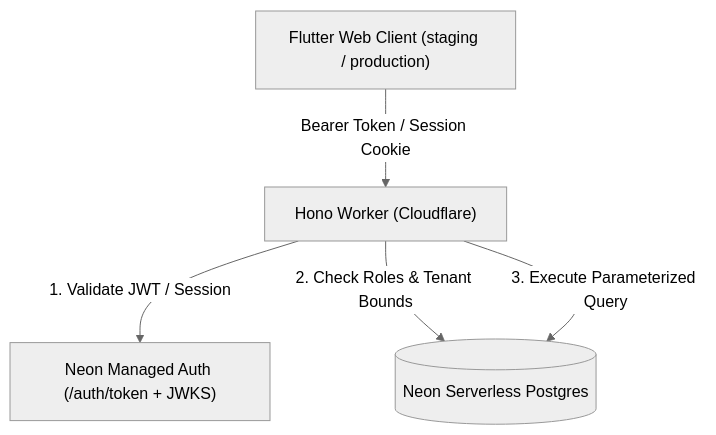
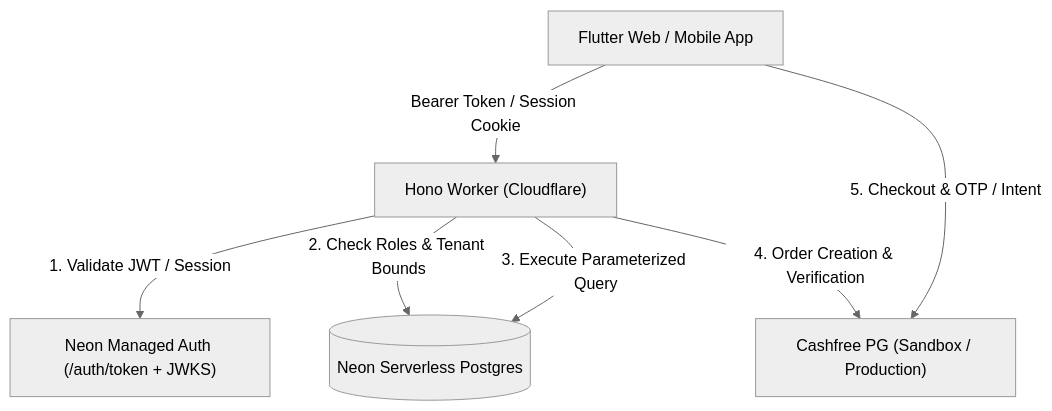
One commit to Techteam-zephvion/School-management-app changed the diagram in PROJECT_OVERVIEW.md. Above: the diagram before and after it, drawn with Mermaid (neutral theme). The commit also changed other lines of this file and 3 other files, not shown here.

````diff
--- a/PROJECT_OVERVIEW.md
+++ b/PROJECT_OVERVIEW.md
@@ -38,7 +40,9 @@
 ```mermaid
 graph TD
-    Client["Flutter Web Client (staging / production)"] -->|"Bearer Token / Session Cookie"| API["Hono Worker (Cloudflare)"]
+    Client["Flutter Web / Mobile App"] -->|"Bearer Token / Session Cookie"| API["Hono Worker (Cloudflare)"]
     API -->|"1. Validate JWT / Session"| NeonAuth["Neon Managed Auth (/auth/token + JWKS)"]
     API -->|"2. Check Roles & Tenant Bounds"| DB[("Neon Serverless Postgres")]
     API -->|"3. Execute Parameterized Query"| DB
+    API -->|"4. Order Creation & Verification"| Cashfree["Cashfree PG (Sandbox / Production)"]
+    Client -->|"5. Checkout & OTP / Intent"| Cashfree
 ```
````
